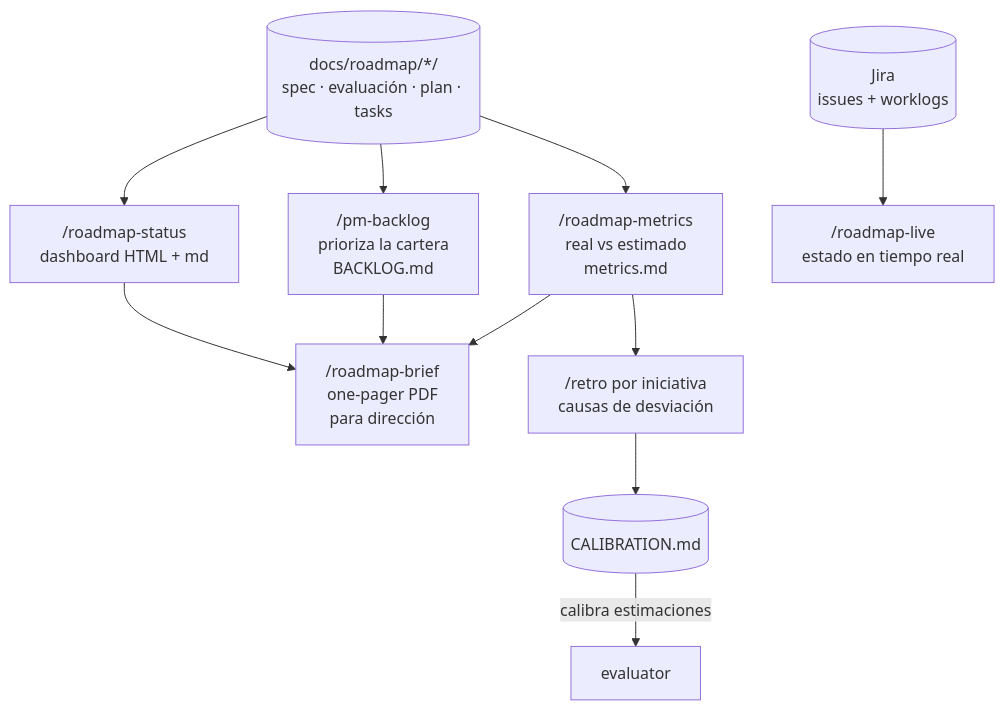
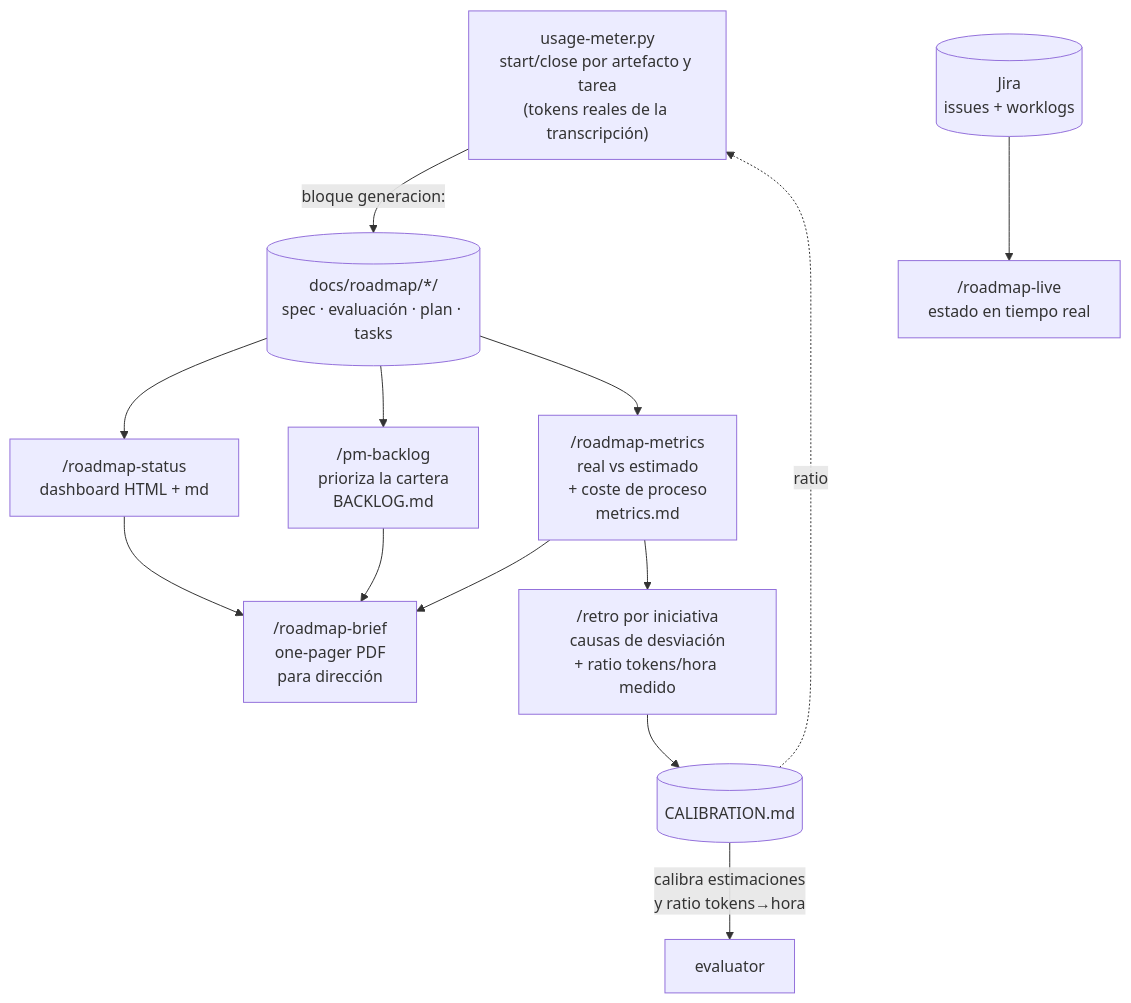
The eighth of 9 diagrams in docs/FLOWS.md (daycry/custom-agents), drawn with Mermaid before and after one commit. The commit also changed other lines of this file and 28 other files, not shown here.

Commit message:
feat: coste real de generacion (usage-meter) + calibracion tokens/hora + formato XhYm

````diff
--- a/docs/FLOWS.md
+++ b/docs/FLOWS.md
@@ -150,13 +152,15 @@
 ```mermaid
 flowchart TD
+    M["usage-meter.py\nstart/close por artefacto y tarea\n(tokens reales de la transcripción)"] -->|bloque generacion:| R
     R[("docs/roadmap/*/\nspec · evaluación · plan · tasks")] --> S["/roadmap-status\ndashboard HTML + md"]
     R --> T["/pm-backlog\nprioriza la cartera\nBACKLOG.md"]
-    R --> U["/roadmap-metrics\nreal vs estimado\nmetrics.md"]
+    R --> U["/roadmap-metrics\nreal vs estimado\n+ coste de proceso\nmetrics.md"]
     S --> V["/roadmap-brief\none-pager PDF\npara dirección"]
     T --> V
     U --> V
     J[("Jira\nissues + worklogs")] --> W["/roadmap-live\nestado en tiempo real"]
-    U --> X["/retro por iniciativa\ncausas de desviación"]
+    U --> X["/retro por iniciativa\ncausas de desviación\n+ ratio tokens/hora medido"]
     X --> Y[("CALIBRATION.md")]
-    Y -->|calibra estimaciones| Z["evaluator"]
+    Y -->|calibra estimaciones\ny ratio tokens→hora| Z["evaluator"]
+    Y -.->|ratio| M
 ```
````
